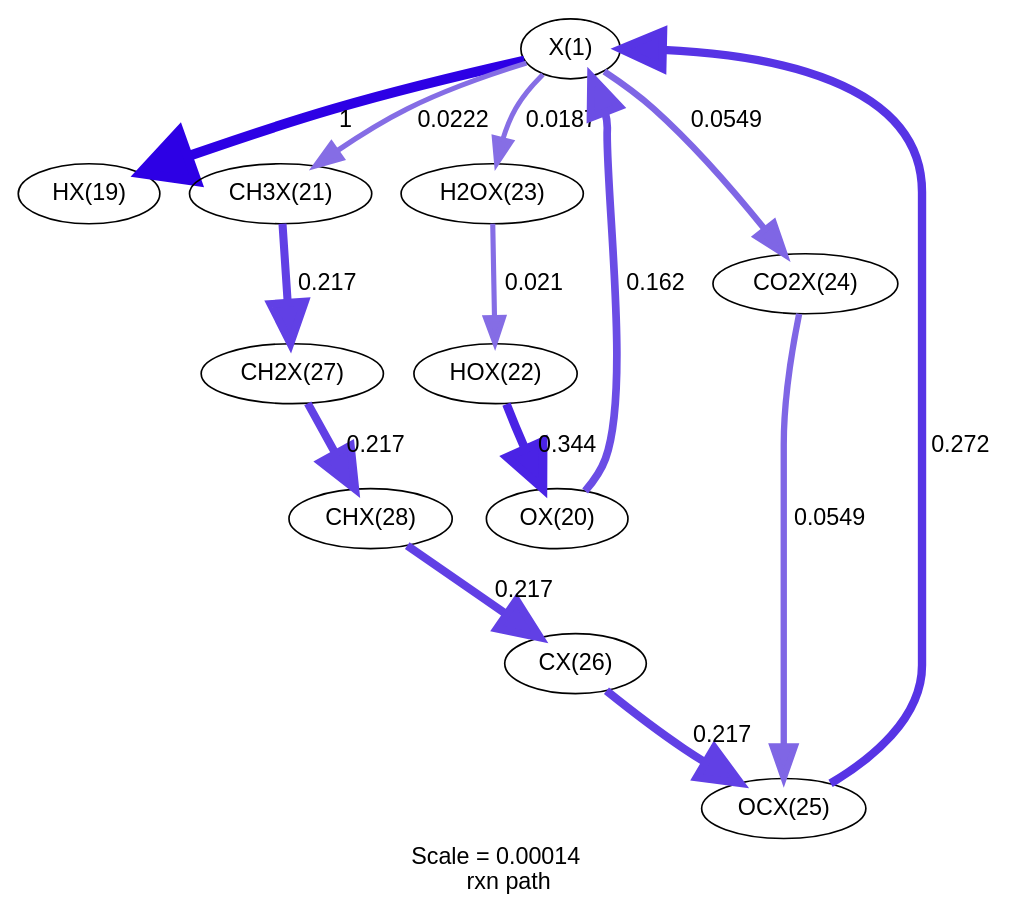
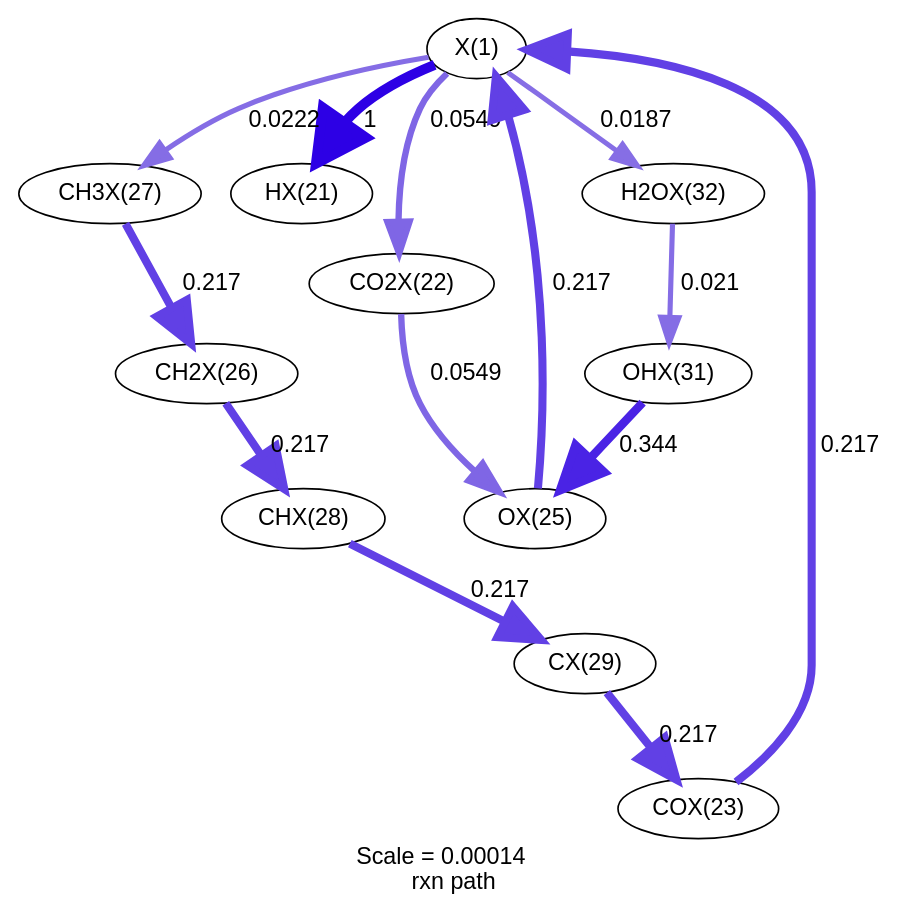
One commit to comocheng/cpox changed the diagram in rh/rxnpath/rxnpath-1.6-x-11.6mm.dot. Above: the diagram before and after it, drawn with Graphviz. The commit also changed 539 other files, not shown here.

```diff
--- a/rh/rxnpath/rxnpath-1.6-x-11.6mm.dot
+++ b/rh/rxnpath/rxnpath-1.6-x-11.6mm.dot
@@ -1,42 +1,42 @@
 digraph reaction_paths {
 center=1;
-s27 -> s28[fontname="Helvetica", penwidth=6, arrowsize=3, color="0.7, 1.5, 0.9"
+s22 -> s24[fontname="Helvetica", penwidth=3.81, arrowsize=1.9, color="0.7, 0.555, 0.9"
+, label=" 0.0549"];
+s25 -> s22[fontname="Helvetica", penwidth=4.85, arrowsize=2.42, color="0.7, 0.717, 0.9"
+, label=" 0.217"];
+s27 -> s22[fontname="Helvetica", penwidth=4.85, arrowsize=2.42, color="0.7, 0.717, 0.9"
+, label=" 0.217"];
+s22 -> s23[fontname="Helvetica", penwidth=6, arrowsize=3, color="0.7, 1.5, 0.9"
 , label=" 1"];
-s29 -> s27[fontname="Helvetica", penwidth=4.63, arrowsize=2.31, color="0.7, 0.662, 0.9"
-, label=" 0.162"];
-s27 -> s30[fontname="Helvetica", penwidth=3.12, arrowsize=1.56, color="0.7, 0.522, 0.9"
+s22 -> s29[fontname="Helvetica", penwidth=3.12, arrowsize=1.56, color="0.7, 0.522, 0.9"
 , label=" 0.0222"];
-s34 -> s27[fontname="Helvetica", penwidth=5.02, arrowsize=2.51, color="0.7, 0.772, 0.9"
-, label=" 0.272"];
-s27 -> s32[fontname="Helvetica", penwidth=3, arrowsize=1.5, color="0.7, 0.519, 0.9"
+s22 -> s34[fontname="Helvetica", penwidth=3, arrowsize=1.5, color="0.7, 0.519, 0.9"
 , label=" 0.0187"];
-s27 -> s33[fontname="Helvetica", penwidth=3.81, arrowsize=1.9, color="0.7, 0.555, 0.9"
+s24 -> s27[fontname="Helvetica", penwidth=3.81, arrowsize=1.9, color="0.7, 0.555, 0.9"
 , label=" 0.0549"];
-s31 -> s29[fontname="Helvetica", penwidth=5.2, arrowsize=2.6, color="0.7, 0.844, 0.9"
+s31 -> s25[fontname="Helvetica", penwidth=4.85, arrowsize=2.42, color="0.7, 0.717, 0.9"
+, label=" 0.217"];
+s33 -> s27[fontname="Helvetica", penwidth=5.2, arrowsize=2.6, color="0.7, 0.844, 0.9"
 , label=" 0.344"];
-s32 -> s31[fontname="Helvetica", penwidth=3.08, arrowsize=1.54, color="0.7, 0.521, 0.9"
+s29 -> s28[fontname="Helvetica", penwidth=4.85, arrowsize=2.42, color="0.7, 0.717, 0.9"
+, label=" 0.217"];
+s28 -> s30[fontname="Helvetica", penwidth=4.85, arrowsize=2.42, color="0.7, 0.717, 0.9"
+, label=" 0.217"];
+s30 -> s31[fontname="Helvetica", penwidth=4.85, arrowsize=2.42, color="0.7, 0.717, 0.9"
+, label=" 0.217"];
+s34 -> s33[fontname="Helvetica", penwidth=3.08, arrowsize=1.54, color="0.7, 0.521, 0.9"
 , label=" 0.021"];
-s30 -> s36[fontname="Helvetica", penwidth=4.85, arrowsize=2.42, color="0.7, 0.717, 0.9"
-, label=" 0.217"];
-s36 -> s37[fontname="Helvetica", penwidth=4.85, arrowsize=2.42, color="0.7, 0.717, 0.9"
-, label=" 0.217"];
-s37 -> s35[fontname="Helvetica", penwidth=4.85, arrowsize=2.42, color="0.7, 0.717, 0.9"
-, label=" 0.217"];
-s35 -> s34[fontname="Helvetica", penwidth=4.85, arrowsize=2.42, color="0.7, 0.717, 0.9"
-, label=" 0.217"];
-s33 -> s34[fontname="Helvetica", penwidth=3.81, arrowsize=1.9, color="0.7, 0.555, 0.9"
-, label=" 0.0549"];
-s27 [ fontname="Helvetica", label="X(1)"];
-s28 [ fontname="Helvetica", label="HX(19)"];
-s29 [ fontname="Helvetica", label="OX(20)"];
-s30 [ fontname="Helvetica", label="CH3X(21)"];
-s31 [ fontname="Helvetica", label="HOX(22)"];
-s32 [ fontname="Helvetica", label="H2OX(23)"];
-s33 [ fontname="Helvetica", label="CO2X(24)"];
-s34 [ fontname="Helvetica", label="OCX(25)"];
-s35 [ fontname="Helvetica", label="CX(26)"];
-s36 [ fontname="Helvetica", label="CH2X(27)"];
-s37 [ fontname="Helvetica", label="CHX(28)"];
+s22 [ fontname="Helvetica", label="X(1)"];
+s23 [ fontname="Helvetica", label="HX(21)"];
+s24 [ fontname="Helvetica", label="CO2X(22)"];
+s25 [ fontname="Helvetica", label="COX(23)"];
+s27 [ fontname="Helvetica", label="OX(25)"];
+s28 [ fontname="Helvetica", label="CH2X(26)"];
+s29 [ fontname="Helvetica", label="CH3X(27)"];
+s30 [ fontname="Helvetica", label="CHX(28)"];
+s31 [ fontname="Helvetica", label="CX(29)"];
+s33 [ fontname="Helvetica", label="OHX(31)"];
+s34 [ fontname="Helvetica", label="H2OX(32)"];
  label = "Scale = 0.00014\l rxn path";
  fontname = "Helvetica";
 }
```
